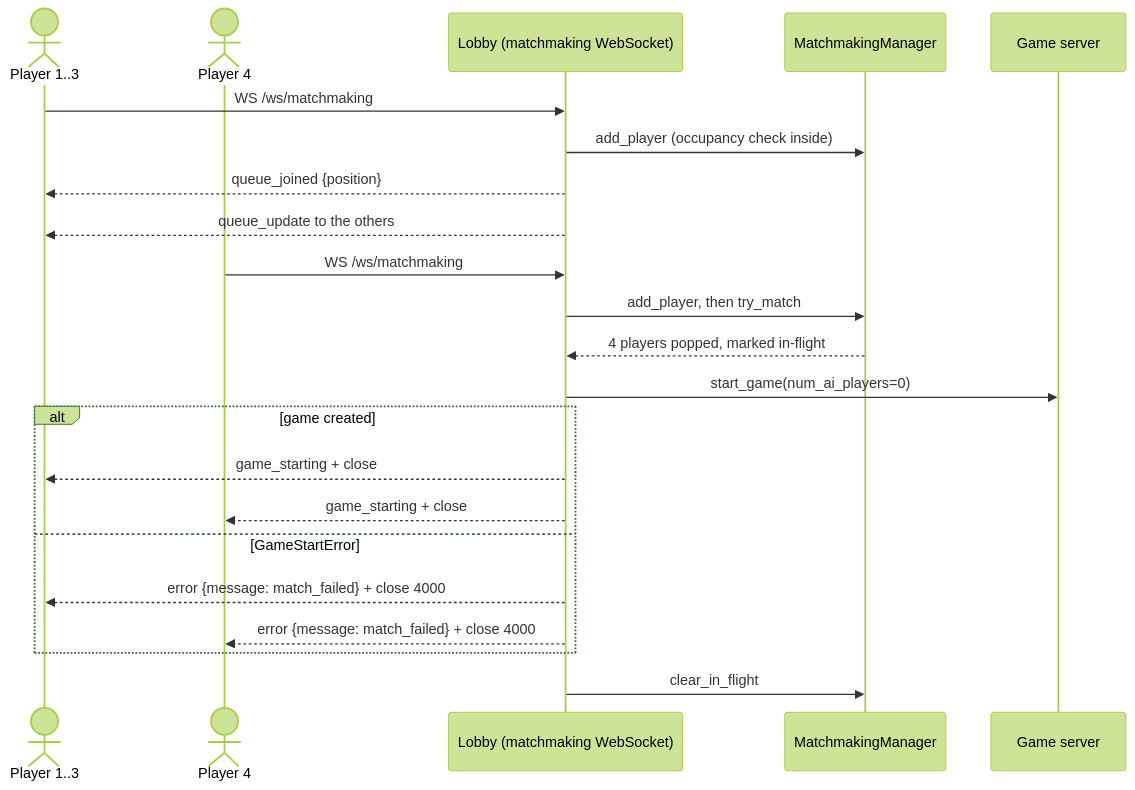
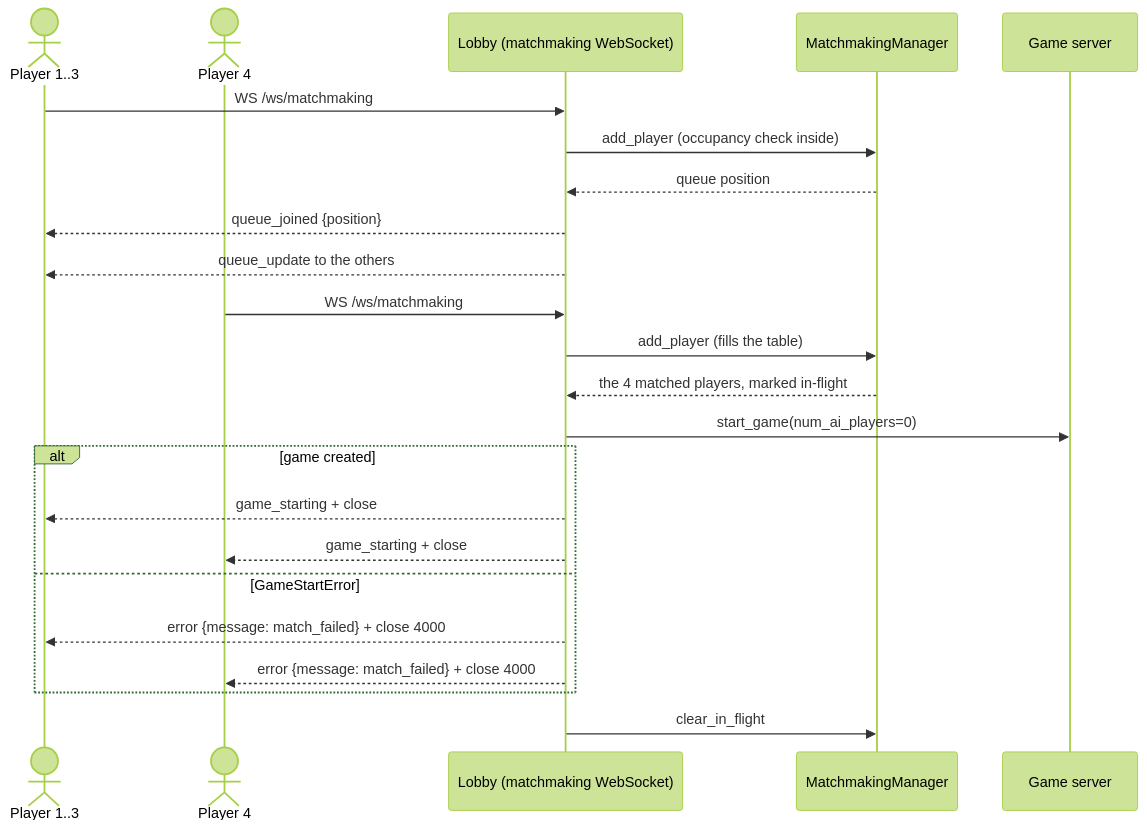
The fifth of 8 diagrams in docs/architecture.md (MahjongRepository/ronin), drawn with Mermaid (forest theme) before and after one commit. The commit also changed 12 other files, not shown here.

````diff
--- a/docs/architecture.md
+++ b/docs/architecture.md
@@ -197,25 +197,26 @@
 ```mermaid
 sequenceDiagram
     actor P1 as Player 1..3
     actor P4 as Player 4
     participant L as Lobby (matchmaking WebSocket)
     participant MM as MatchmakingManager
     participant GS as Game server
 
     P1->>L: WS /ws/matchmaking
     L->>MM: add_player (occupancy check inside)
+    MM-->>L: queue position
     L-->>P1: queue_joined {position}
     L-->>P1: queue_update to the others
     P4->>L: WS /ws/matchmaking
-    L->>MM: add_player, then try_match
-    MM-->>L: 4 players popped, marked in-flight
+    L->>MM: add_player (fills the table)
+    MM-->>L: the 4 matched players, marked in-flight
     L->>GS: start_game(num_ai_players=0)
     alt game created
         L-->>P1: game_starting + close
         L-->>P4: game_starting + close
     else GameStartError
         L-->>P1: error {message: match_failed} + close 4000
         L-->>P4: error {message: match_failed} + close 4000
     end
     L->>MM: clear_in_flight
 ```
````
